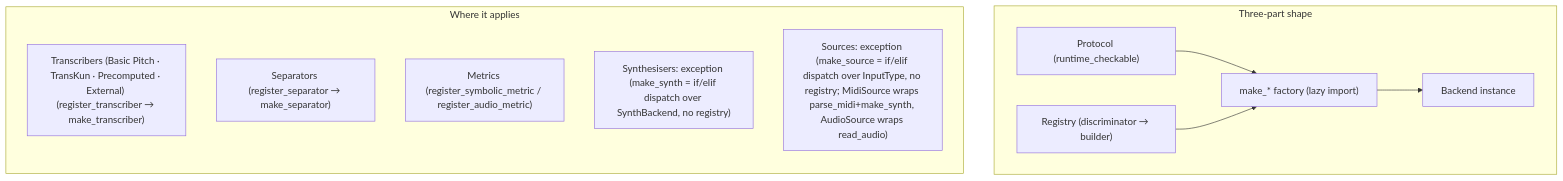
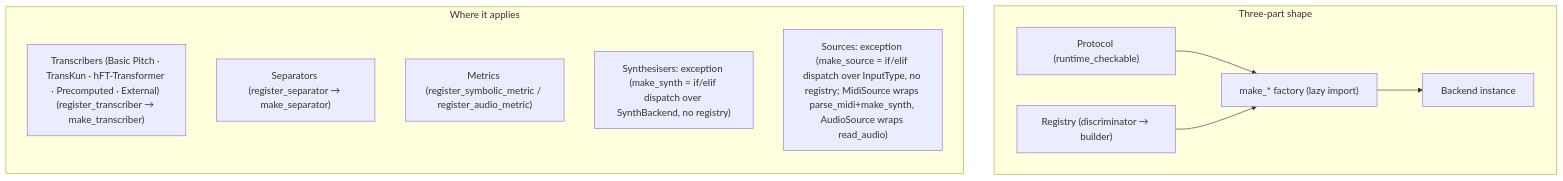
One commit to dadmaan/sonitra changed the third of 10 diagrams in ARCHITECTURE.md. Above: the diagram before and after it, drawn with Mermaid. The commit also changed other lines of this file and 10 other files, not shown here.

````diff
--- a/ARCHITECTURE.md
+++ b/ARCHITECTURE.md
@@ -78,22 +78,22 @@
 ```mermaid
 flowchart TB
     subgraph idiom["Three-part shape"]
         direction LR
         proto["Protocol (runtime_checkable)"]
         reg["Registry (discriminator → builder)"]
         factory["make_* factory (lazy import)"]
         inst["Backend instance"]
         proto --> factory
         reg --> factory
         factory --> inst
     end
 
     subgraph families["Where it applies"]
         direction TB
-        t1["Transcribers (Basic Pitch · TransKun · Precomputed · External) (register_transcriber → make_transcriber)"]
+        t1["Transcribers (Basic Pitch · TransKun · hFT-Transformer · Precomputed · External) (register_transcriber → make_transcriber)"]
         s1["Separators (register_separator → make_separator)"]
         m1["Metrics (register_symbolic_metric / register_audio_metric)"]
         x1["Synthesisers: exception (make_synth = if/elif dispatch over SynthBackend, no registry)"]
         x2["Sources: exception (make_source = if/elif dispatch over InputType, no registry; MidiSource wraps parse_midi+make_synth, AudioSource wraps read_audio)"]
     end
 ```
````
